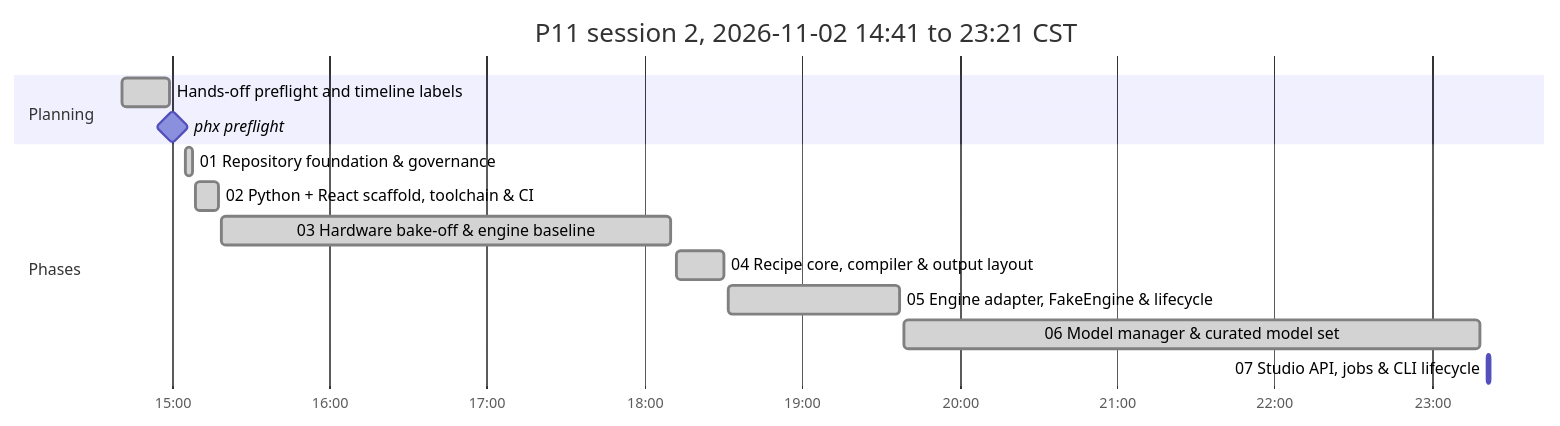
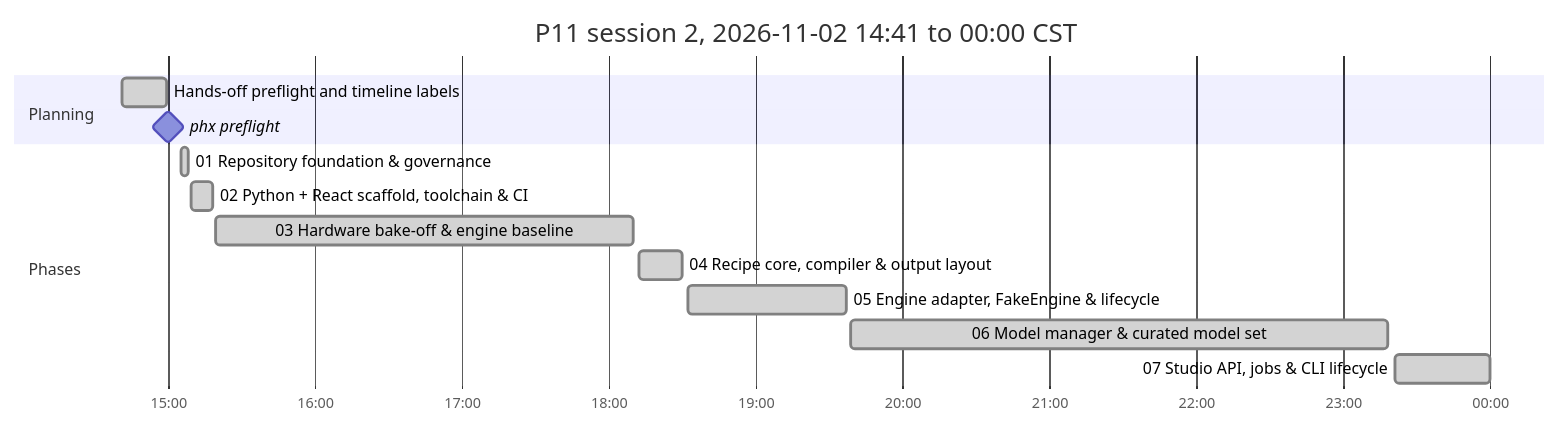
The second of 2 diagrams in P11_IMPLEMENTATION_PLAN.md (antonizick/project1111), drawn with Mermaid before and after one commit. The commit also changed other lines of this file and 1 other file, not shown here.

Commit message:
docs(plan): refresh timeline

````diff
--- a/P11_IMPLEMENTATION_PLAN.md
+++ b/P11_IMPLEMENTATION_PLAN.md
@@ -74,17 +74,17 @@
 ```mermaid
 gantt
-    title P11 session 2, 2026-11-02 14:41 to 23:21 CST
+    title P11 session 2, 2026-11-02 14:41 to 00:00 CST
     dateFormat YYYY-MM-DD HH:mm
     axisFormat %H:%M
     section Planning
     Hands-off preflight and timeline labels :done, plan3, 2026-11-02 14:41, 2026-11-02 14:59
     phx preflight :milestone, pf13ee0d5, 2026-11-02 15:00, 0m
     section Phases
     01 Repository foundation & governance :done, p01s2, 2026-11-02 15:05, 2026-11-02 15:08
     02 Python + React scaffold, toolchain & CI :done, p02s2, 2026-11-02 15:09, 2026-11-02 15:18
     03 Hardware bake-off & engine baseline :done, p03s2, 2026-11-02 15:19, 2026-11-02 18:10
     04 Recipe core, compiler & output layout :done, p04s2, 2026-11-02 18:12, 2026-11-02 18:30
     05 Engine adapter, FakeEngine & lifecycle :done, p05s2, 2026-11-02 18:32, 2026-11-02 19:37
     06 Model manager & curated model set :done, p06s2, 2026-11-02 19:39, 2026-11-02 23:18
-    07 Studio API, jobs & CLI lifecycle :active, p07s2, 2026-11-02 23:21, 2026-11-02 23:22
+    07 Studio API, jobs & CLI lifecycle :done, p07s2, 2026-11-02 23:21, 2026-11-03 00:00
 ```
````
